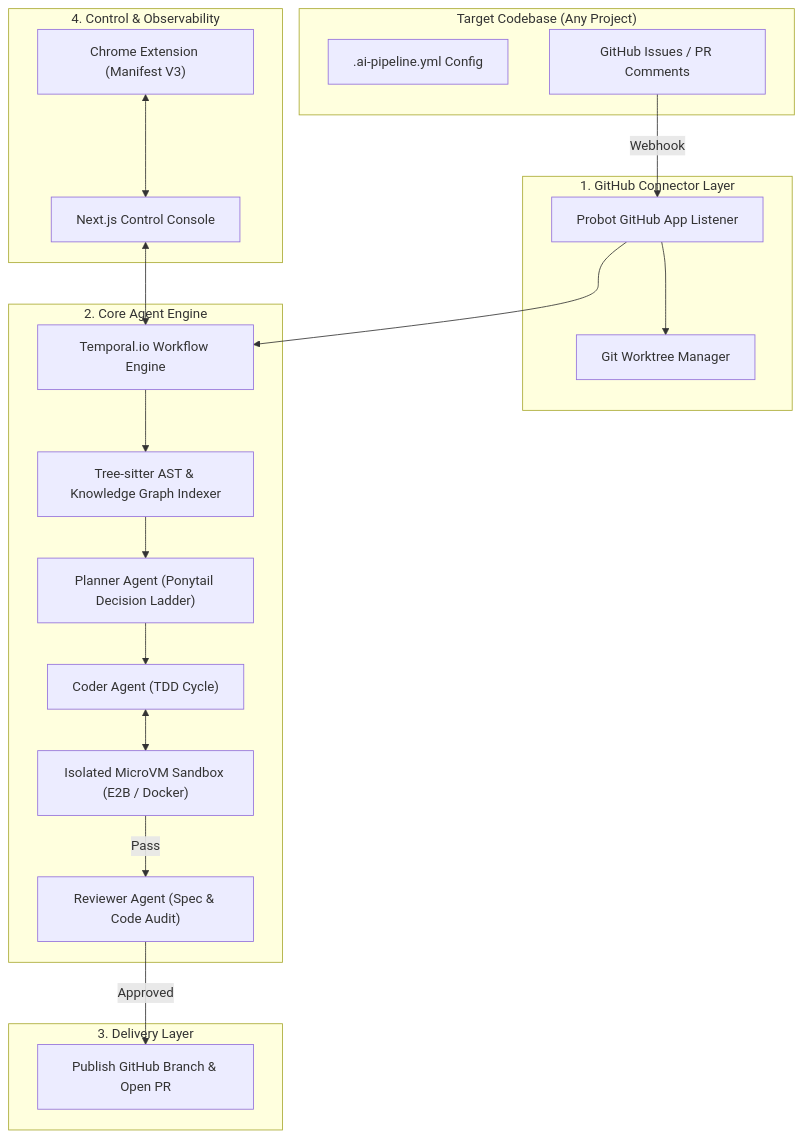
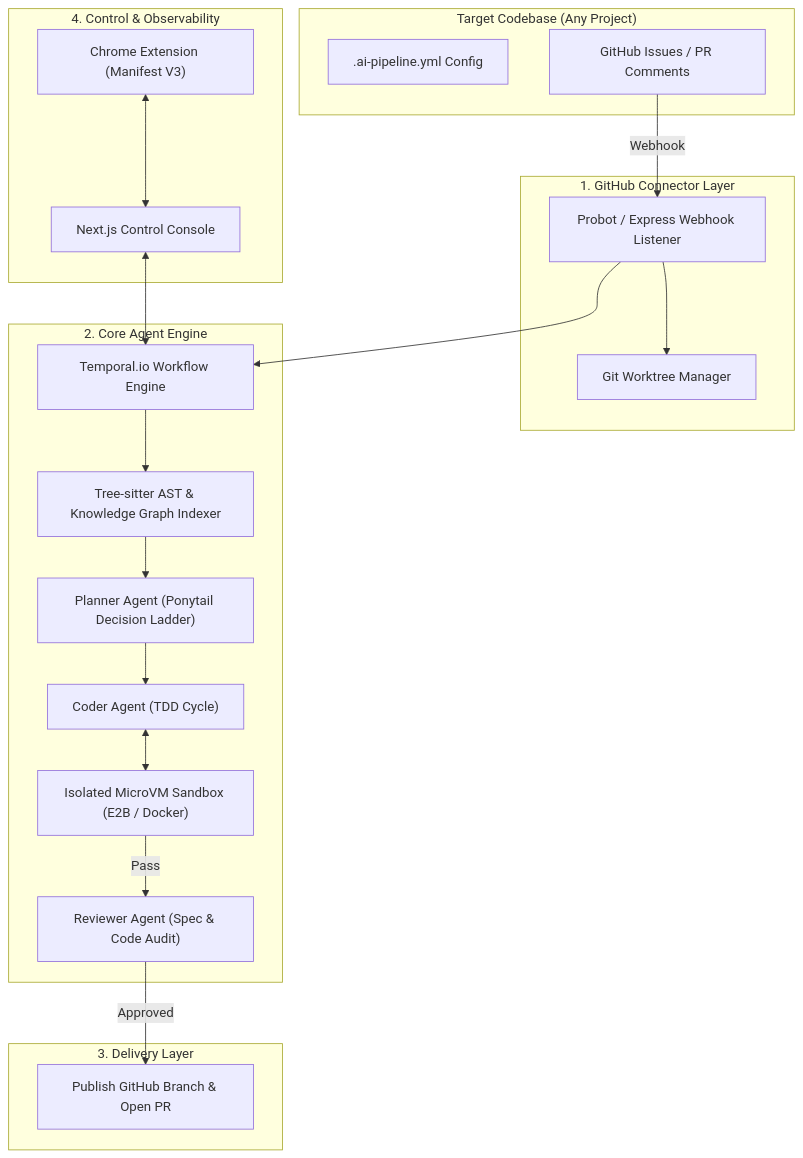
The diagram in README.md (thienng-it/KobeanAgentic), drawn with Mermaid before and after one commit. The commit also changed other lines of this file, not shown here.

````diff
--- a/README.md
+++ b/README.md
@@ -31,37 +78,37 @@
 ```mermaid
 flowchart TD
     subgraph TargetRepo ["Target Codebase (Any Project)"]
         A[".ai-pipeline.yml Config"]
         B["GitHub Issues / PR Comments"]
     end
 
     subgraph Connector ["1. GitHub Connector Layer"]
-        B -->|Webhook| C["Probot GitHub App Listener"]
+        B -->|Webhook| C["Probot / Express Webhook Listener"]
         C --> D["Git Worktree Manager"]
     end
 
     subgraph CoreEngine ["2. Core Agent Engine"]
         E["Temporal.io Workflow Engine"]
         F["Tree-sitter AST & Knowledge Graph Indexer"]
         G["Planner Agent (Ponytail Decision Ladder)"]
         H["Coder Agent (TDD Cycle)"]
         I["Isolated MicroVM Sandbox (E2B / Docker)"]
         J["Reviewer Agent (Spec & Code Audit)"]
 
         C --> E
         E --> F
         F --> G
         G --> H
         H <--> I
         I -- Pass --> J
     end
 
     subgraph GitDelivery ["3. Delivery Layer"]
         J -- Approved --> K["Publish GitHub Branch & Open PR"]
     end
 
     subgraph ControlPlane ["4. Control & Observability"]
         L["Next.js Control Console"] <--> E
         M["Chrome Extension (Manifest V3)"] <--> L
     end
 ```
````
